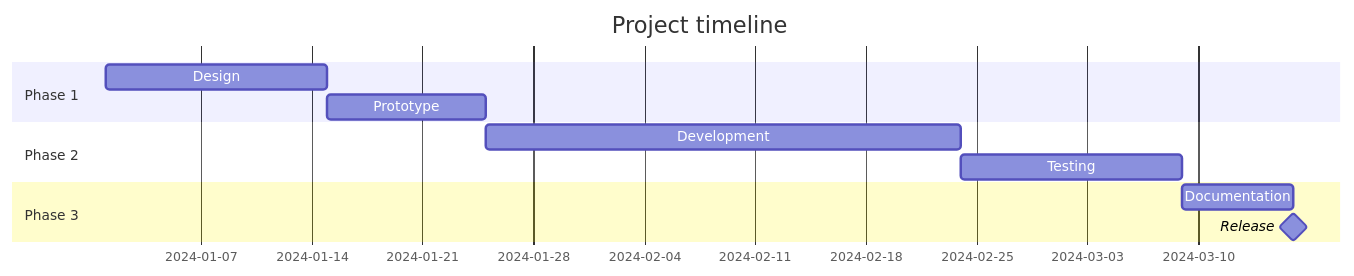
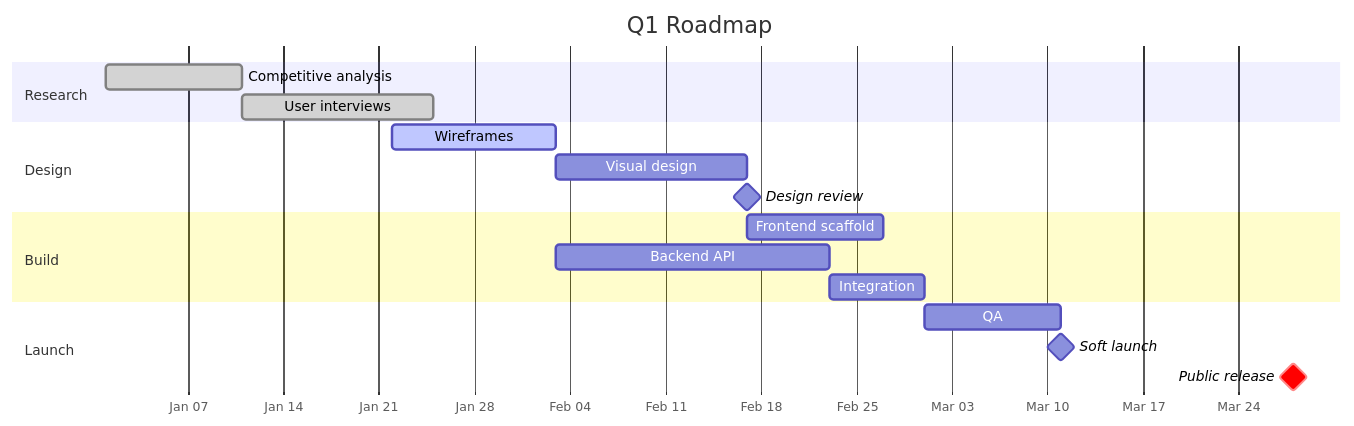
Before and after one commit to Arnaud-Ferriere/Cirrus-for-Jekyll: the diagram in _posts/2024-03-20-expert-example.md, drawn with Mermaid. The commit also changed other lines of this file and 4 other files, not shown here.

````diff
--- a/_posts/2024-03-20-expert-example.md
+++ b/_posts/2024-03-20-expert-example.md
@@ -30,14 +42,25 @@
 ```mermaid
 gantt
-    title Project timeline
+    title Q1 Roadmap
     dateFormat YYYY-MM-DD
-    section Phase 1
-    Design            :a1, 2024-01-01, 14d
-    Prototype         :a2, after a1, 10d
-    section Phase 2
-    Development       :b1, after a2, 30d
-    Testing           :b2, after b1, 14d
-    section Phase 3
-    Documentation     :c1, after b2, 7d
-    Release           :milestone, after c1, 0d
+    axisFormat %b %d
+
+    section Research
+    Competitive analysis    :done,    r1, 2024-01-01, 10d
+    User interviews         :done,    r2, after r1, 14d
+
+    section Design
+    Wireframes              :active,  d1, 2024-01-22, 12d
+    Visual design           :         d2, after d1, 14d
+    Design review           :milestone, after d2, 0d
+
+    section Build
+    Frontend scaffold       :         b1, after d2, 10d
+    Backend API             :         b2, after d1, 20d
+    Integration             :         b3, after b2, 7d
+
+    section Launch
+    QA                      :         q1, after b3, 10d
+    Soft launch             :milestone, after q1, 0d
+    Public release          :crit, milestone, 2024-03-28, 0d
 ```
````
